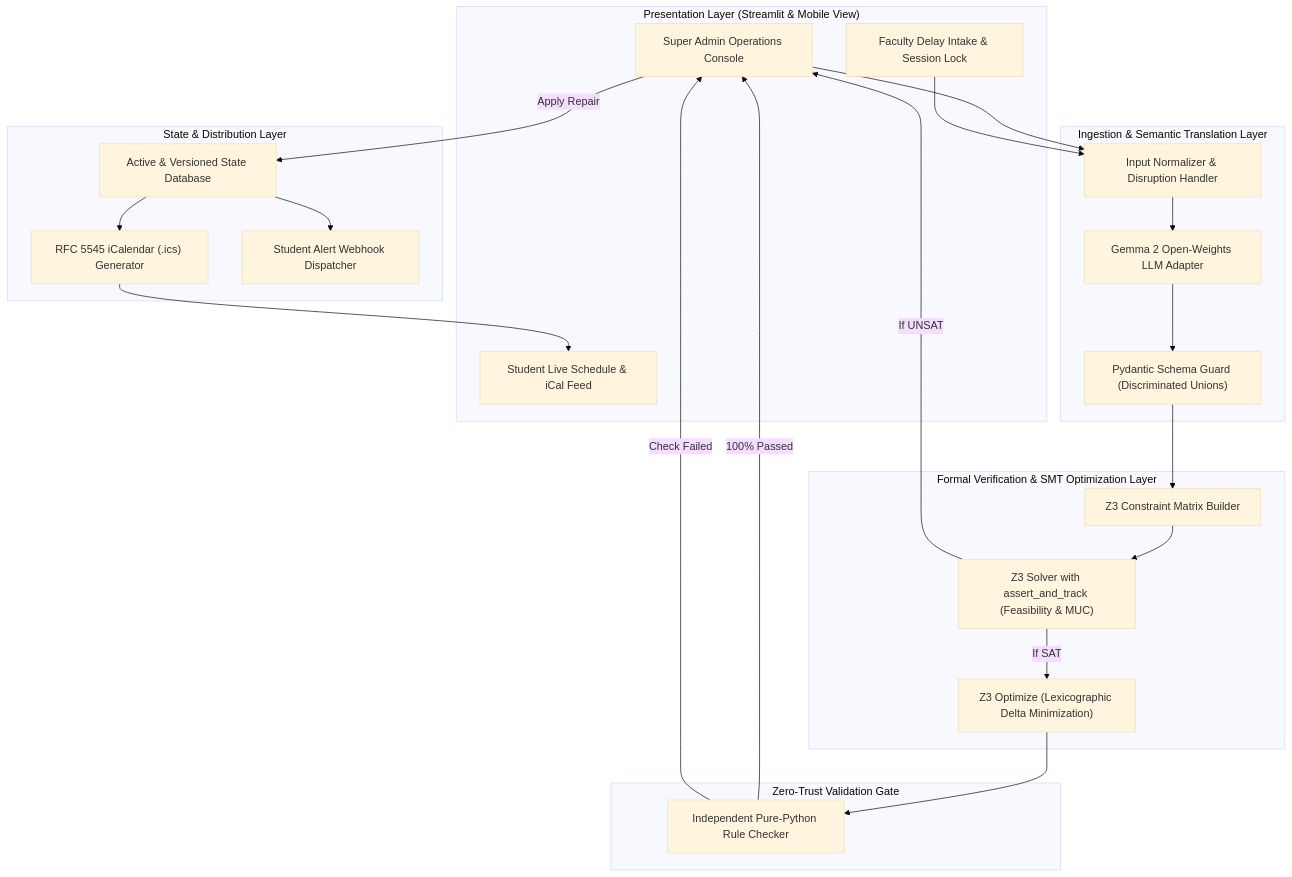
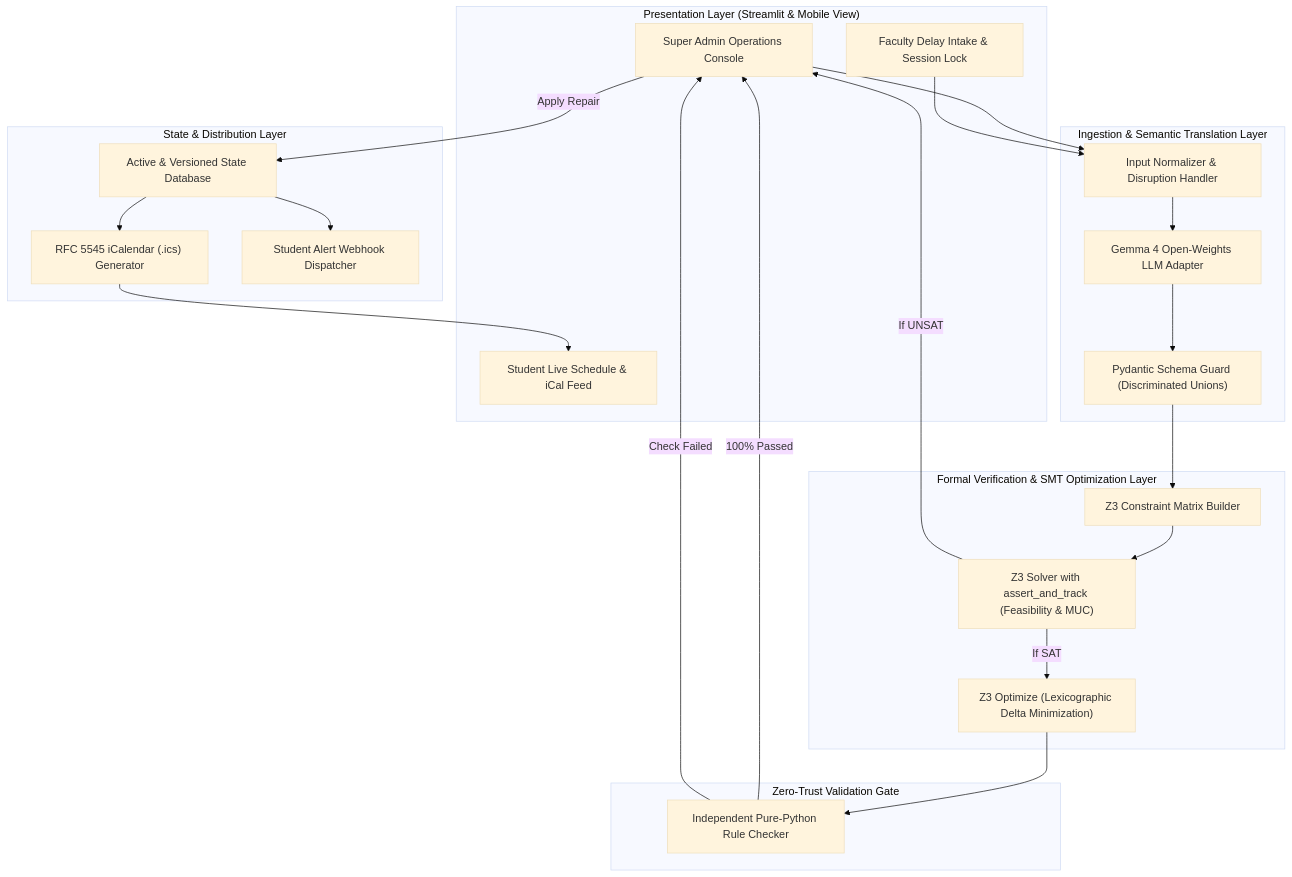
The first of 3 diagrams in docs/SYSTEM_FLOW_AND_ARCHITECTURE.md (89Aman/hacktoberfest), drawn with Mermaid (base theme) before and after one commit. The commit also changed 27 other files, not shown here.

````diff
--- a/docs/SYSTEM_FLOW_AND_ARCHITECTURE.md
+++ b/docs/SYSTEM_FLOW_AND_ARCHITECTURE.md
@@ -10,49 +10,49 @@
 ```mermaid
 graph TB
     subgraph PresentationLayer["Presentation Layer (Streamlit & Mobile View)"]
         UI_Admin["Super Admin Operations Console"]
         UI_Faculty["Faculty Delay Intake & Session Lock"]
         UI_Student["Student Live Schedule & iCal Feed"]
     end
 
     subgraph IngestionLayer["Ingestion & Semantic Translation Layer"]
         InputHandler["Input Normalizer & Disruption Handler"]
-        GemmaAdapter["Gemma 2 Open-Weights LLM Adapter"]
+        GemmaAdapter["Gemma 4 Open-Weights LLM Adapter"]
         PydanticValidator["Pydantic Schema Guard (Discriminated Unions)"]
     end
 
     subgraph FormalLogicLayer["Formal Verification & SMT Optimization Layer"]
         ConstraintBuilder["Z3 Constraint Matrix Builder"]
         UnsatTracker["Z3 Solver with assert_and_track (Feasibility & MUC)"]
         LexicoOptimizer["Z3 Optimize (Lexicographic Delta Minimization)"]
     end
 
     subgraph ZeroTrustLayer["Zero-Trust Validation Gate"]
         PythonValidator["Independent Pure-Python Rule Checker"]
     end
 
     subgraph PersistenceLayer["State & Distribution Layer"]
         StateDB["Active & Versioned State Database"]
         ICalGenerator["RFC 5545 iCalendar (.ics) Generator"]
         WebhookDispatcher["Student Alert Webhook Dispatcher"]
     end
 
     UI_Admin --> InputHandler
     UI_Faculty --> InputHandler
     InputHandler --> GemmaAdapter
     GemmaAdapter --> PydanticValidator
     PydanticValidator --> ConstraintBuilder
     
     ConstraintBuilder --> UnsatTracker
     UnsatTracker -- "If SAT" --> LexicoOptimizer
     UnsatTracker -- "If UNSAT" --> UI_Admin
     
     LexicoOptimizer --> PythonValidator
     PythonValidator -- "100% Passed" --> UI_Admin
     PythonValidator -- "Check Failed" --> UI_Admin
     
     UI_Admin -- "Apply Repair" --> StateDB
     StateDB --> ICalGenerator
     StateDB --> WebhookDispatcher
     ICalGenerator --> UI_Student
 ```
````
